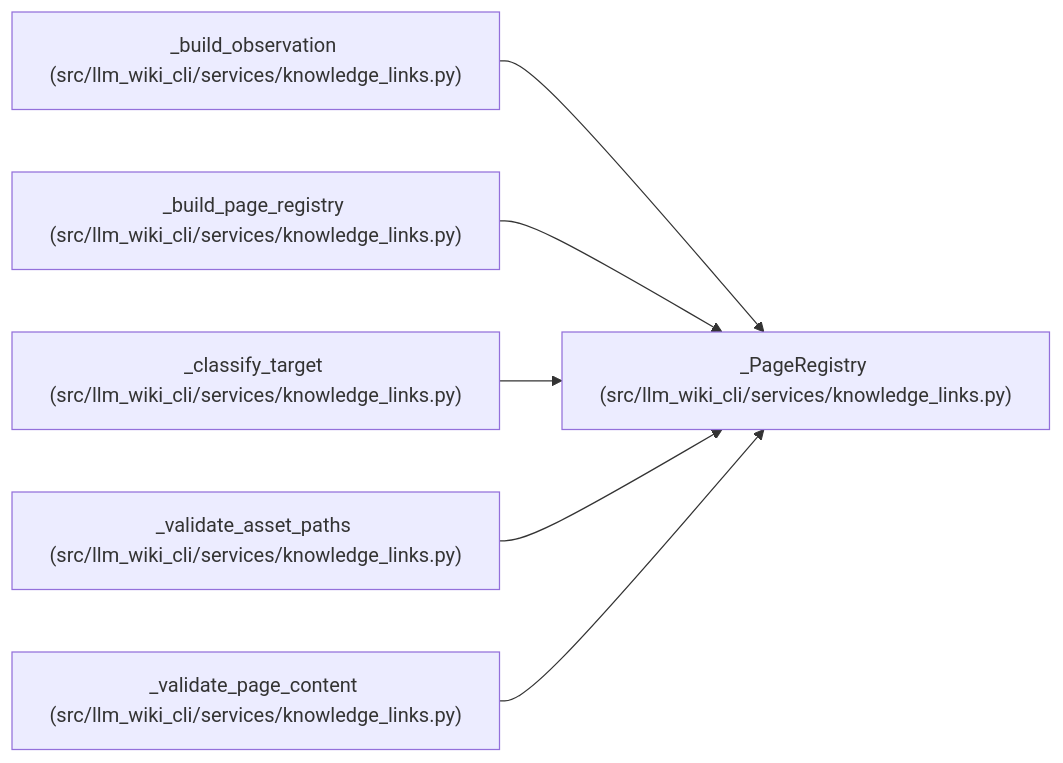
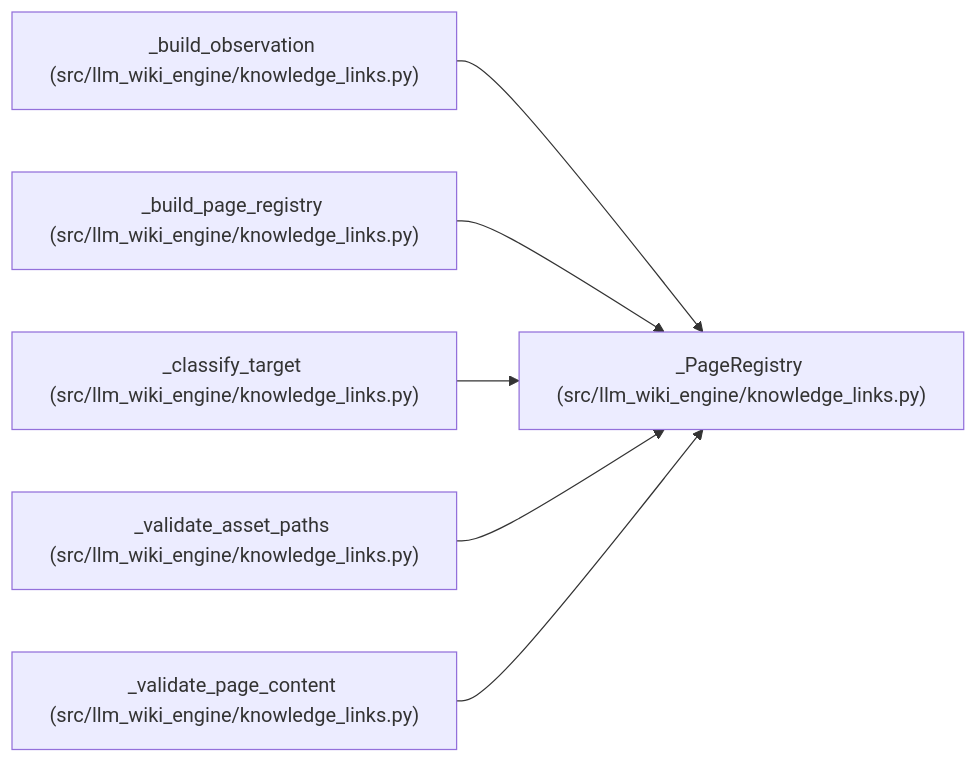
The diagram in docs/llm_wiki/entities/PageRegistry.md (Denissvgn/python-wiki-llm), drawn with Mermaid before and after one commit. The commit also changed other lines of this file and 1058 other files, not shown here.

First line of the commit message:
docs: refresh the wiki for the knowledge store move

````diff
--- a/docs/llm_wiki/entities/PageRegistry.md
+++ b/docs/llm_wiki/entities/PageRegistry.md
@@ -28,20 +28,20 @@
 ```mermaid
 flowchart LR
-    n0["_PageRegistry (src/llm_wiki_cli/services/knowledge_links.py)"]
-    n1["_build_observation (src/llm_wiki_cli/services/knowledge_links.py)"]
-    n2["_build_page_registry (src/llm_wiki_cli/services/knowledge_links.py)"]
-    n3["_classify_target (src/llm_wiki_cli/services/knowledge_links.py)"]
-    n4["_validate_asset_paths (src/llm_wiki_cli/services/knowledge_links.py)"]
-    n5["_validate_page_content (src/llm_wiki_cli/services/knowledge_links.py)"]
+    n0["_PageRegistry (src/llm_wiki_engine/knowledge_links.py)"]
+    n1["_build_observation (src/llm_wiki_engine/knowledge_links.py)"]
+    n2["_build_page_registry (src/llm_wiki_engine/knowledge_links.py)"]
+    n3["_classify_target (src/llm_wiki_engine/knowledge_links.py)"]
+    n4["_validate_asset_paths (src/llm_wiki_engine/knowledge_links.py)"]
+    n5["_validate_page_content (src/llm_wiki_engine/knowledge_links.py)"]
     n1 --> n0
     n2 --> n0
     n3 --> n0
     n4 --> n0
     n5 --> n0
     click n0 "../modules/knowledge_links.md"
     click n1 "../modules/knowledge_links.md"
     click n2 "../modules/knowledge_links.md"
     click n3 "../modules/knowledge_links.md"
     click n4 "../modules/knowledge_links.md"
     click n5 "../modules/knowledge_links.md"
 ```
````
